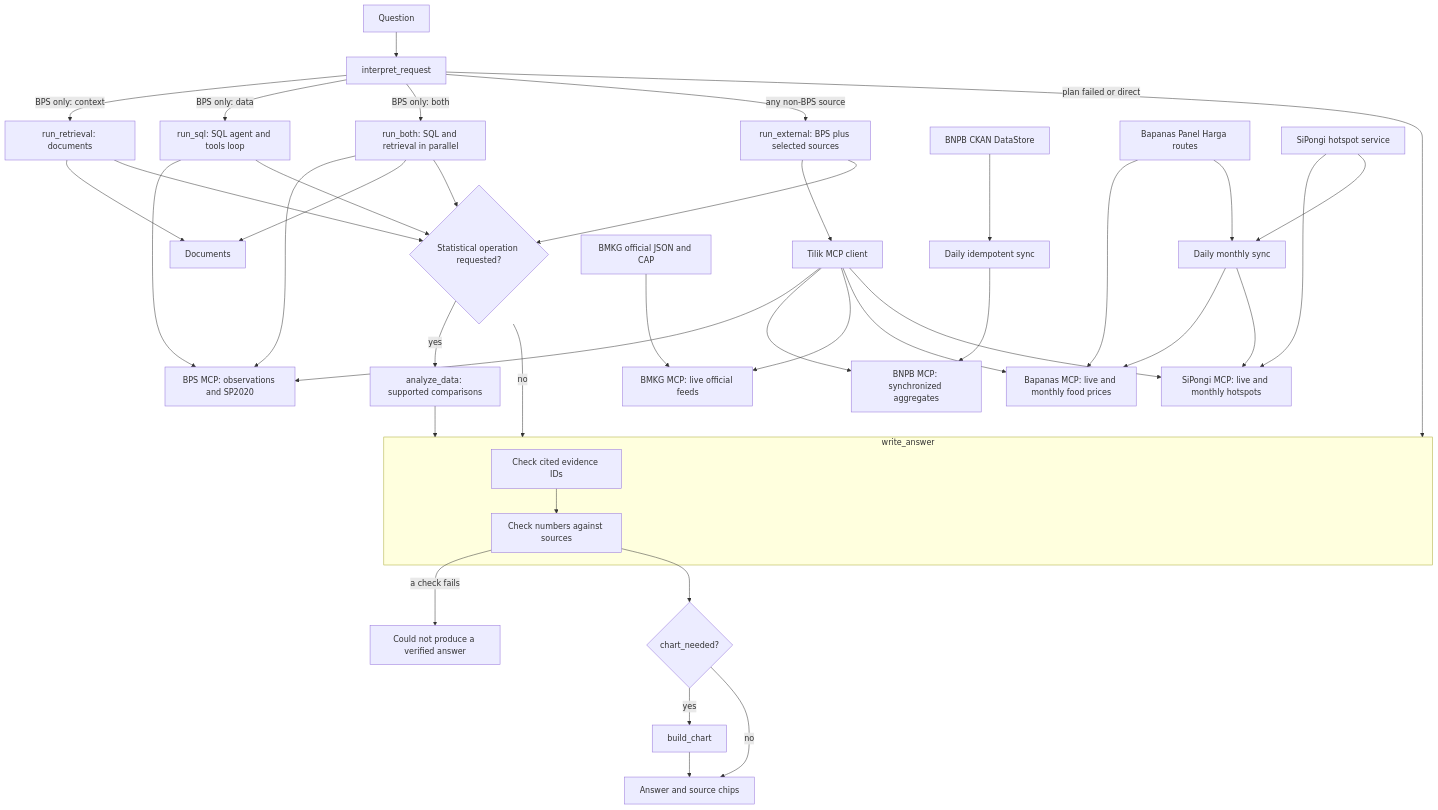
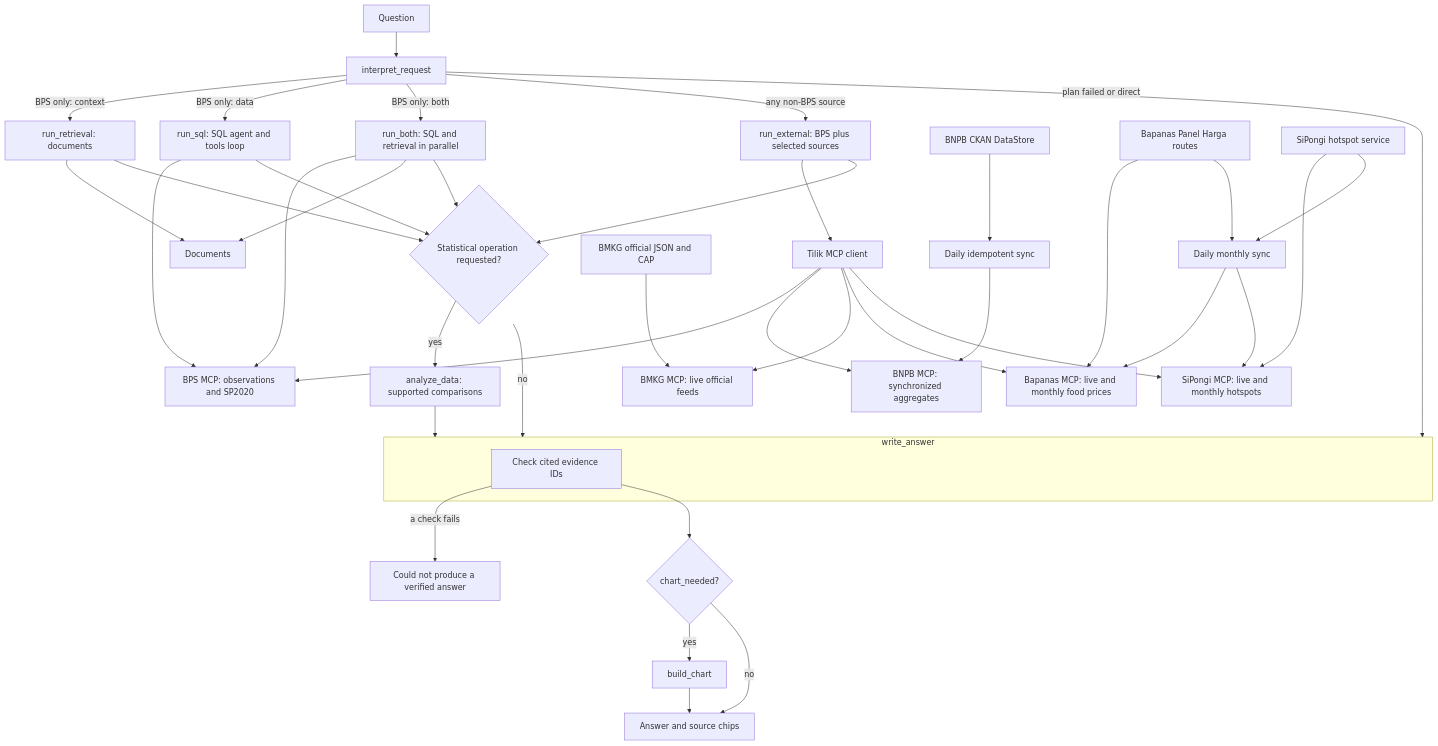
One commit to aprirachmadi/tilik-agent changed the diagram in README.md. Above: the diagram before and after it, drawn with Mermaid. The commit also changed 5 other files, not shown here.

Commit message:
Remove the answer number check and keep the cited evidence ID check

````diff
--- a/README.md
+++ b/README.md
@@ -66,43 +66,43 @@
 ```mermaid
 flowchart TD
     Q[Question] --> I[interpret_request]
     I -->|plan failed or direct| W
     I -->|BPS only: context| R[run_retrieval: documents]
     I -->|BPS only: data| S[run_sql: SQL agent and tools loop]
     I -->|BPS only: both| RB[run_both: SQL and retrieval in parallel]
     I -->|any non-BPS source| X[run_external: BPS plus selected sources]
     X --> C[Tilik MCP client]
     C --> B[BPS MCP: observations and SP2020]
     C --> N[BNPB MCP: synchronized aggregates]
     C --> M[BMKG MCP: live official feeds]
     C --> F[Bapanas MCP: live and monthly food prices]
     C --> H[SiPongi MCP: live and monthly hotspots]
     S --> B
     R --> D[Documents]
     RB --> B
     RB --> D
     R --> G{Statistical operation requested?}
     S --> G
     RB --> G
     X --> G
     G -->|yes| A[analyze_data: supported comparisons]
     G -->|no| W
     A --> W
     subgraph W[write_answer]
-        CI[Check cited evidence IDs] --> CN[Check numbers against sources]
+        CI[Check cited evidence IDs]
     end
-    CN -->|a check fails| FX[Could not produce a verified answer]
-    CN --> K{chart_needed?}
+    CI -->|a check fails| FX[Could not produce a verified answer]
+    CI --> K{chart_needed?}
     K -->|yes| BC[build_chart]
     K -->|no| U[Answer and source chips]
     BC --> U
     CKAN[BNPB CKAN DataStore] --> SYNC[Daily idempotent sync]
     SYNC --> N
     LIVE[BMKG official JSON and CAP] --> M
     PANEL[Bapanas Panel Harga routes] --> F
     PANEL --> MSYNC[Daily monthly sync]
     SPG[SiPongi hotspot service] --> H
     SPG --> MSYNC
     MSYNC --> F
     MSYNC --> H
 ```
````
